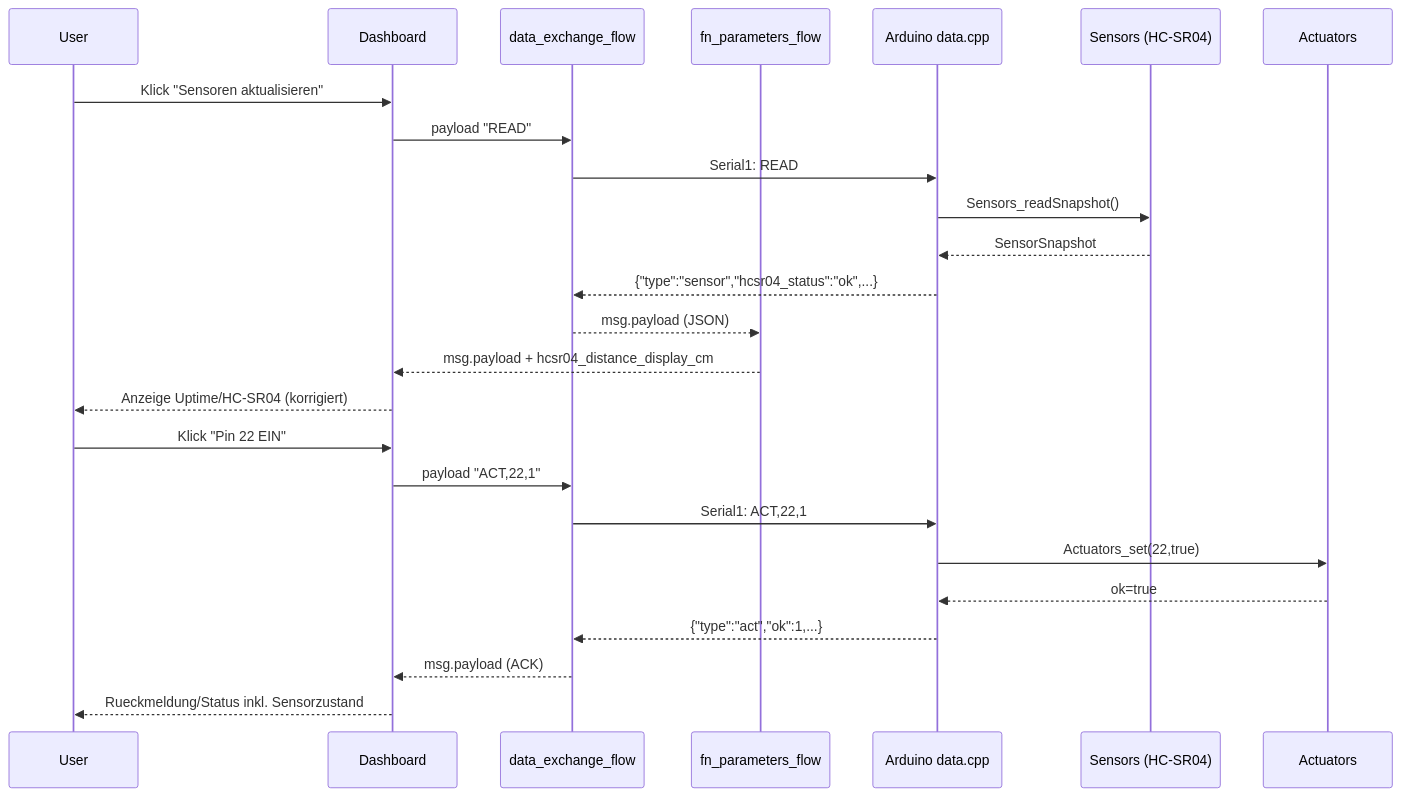
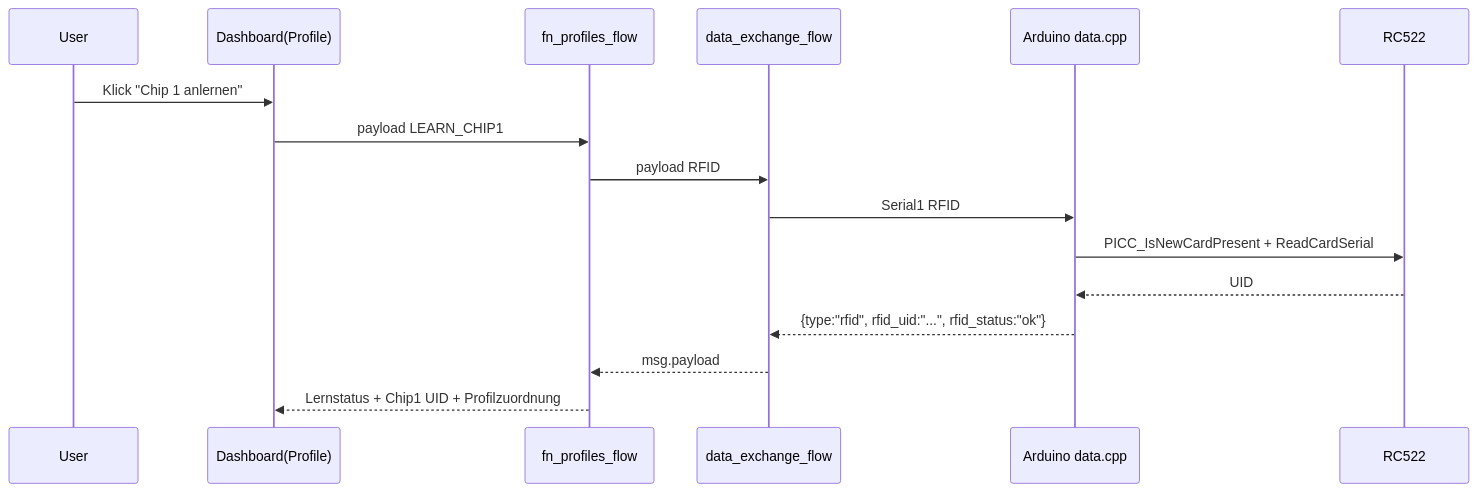
One commit to HerrnDK/Projekt changed the second of 2 diagrams in nodered/flows/FLOW_ARCHITEKTUR_PLAN.md. Above: the diagram before and after it, drawn with Mermaid. The commit also changed other lines of this file and 14 other files, not shown here.

````diff
--- a/nodered/flows/FLOW_ARCHITEKTUR_PLAN.md
+++ b/nodered/flows/FLOW_ARCHITEKTUR_PLAN.md
@@ -89,29 +37,19 @@
 ```mermaid
 sequenceDiagram
   participant U as User
-  participant D as Dashboard
+  participant D as Dashboard(Profile)
+  participant P as fn_profiles_flow
   participant X as data_exchange_flow
-  participant P as fn_parameters_flow
   participant A as Arduino data.cpp
-  participant S as Sensors (HC-SR04)
-  participant C as Actuators
+  participant R as RC522
 
-  U->>D: Klick "Sensoren aktualisieren"
-  D->>X: payload "READ"
-  X->>A: Serial1: READ
-  A->>S: Sensors_readSnapshot()
-  S-->>A: SensorSnapshot
-  A-->>X: {"type":"sensor","hcsr04_status":"ok",...}
-  X-->>P: msg.payload (JSON)
-  P-->>D: msg.payload + hcsr04_distance_display_cm
-  D-->>U: Anzeige Uptime/HC-SR04 (korrigiert)
-
-  U->>D: Klick "Pin 22 EIN"
-  D->>X: payload "ACT,22,1"
-  X->>A: Serial1: ACT,22,1
-  A->>C: Actuators_set(22,true)
-  C-->>A: ok=true
-  A-->>X: {"type":"act","ok":1,...}
-  X-->>D: msg.payload (ACK)
-  D-->>U: Rueckmeldung/Status inkl. Sensorzustand
+  U->>D: Klick "Chip 1 anlernen"
+  D->>P: payload LEARN_CHIP1
+  P->>X: payload RFID
+  X->>A: Serial1 RFID
+  A->>R: PICC_IsNewCardPresent + ReadCardSerial
+  R-->>A: UID
+  A-->>X: {type:"rfid", rfid_uid:"...", rfid_status:"ok"}
+  X-->>P: msg.payload
+  P-->>D: Lernstatus + Chip1 UID + Profilzuordnung
 ```
````
